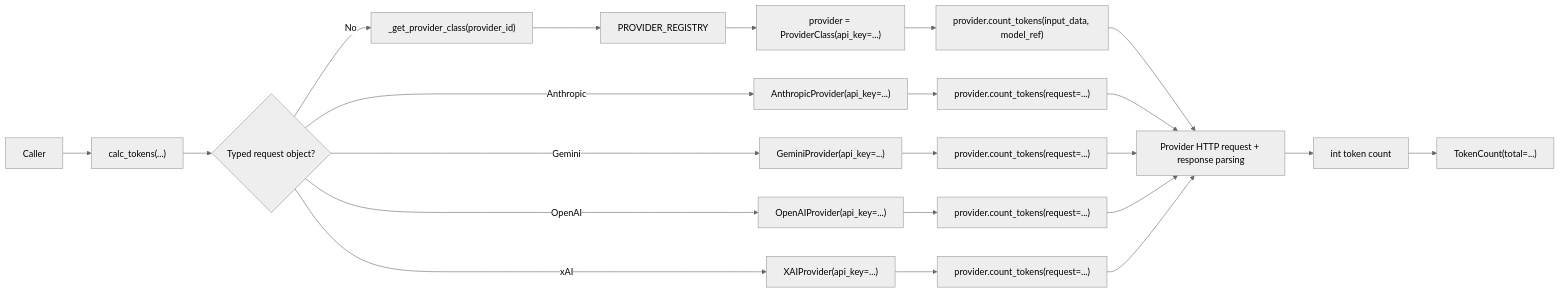
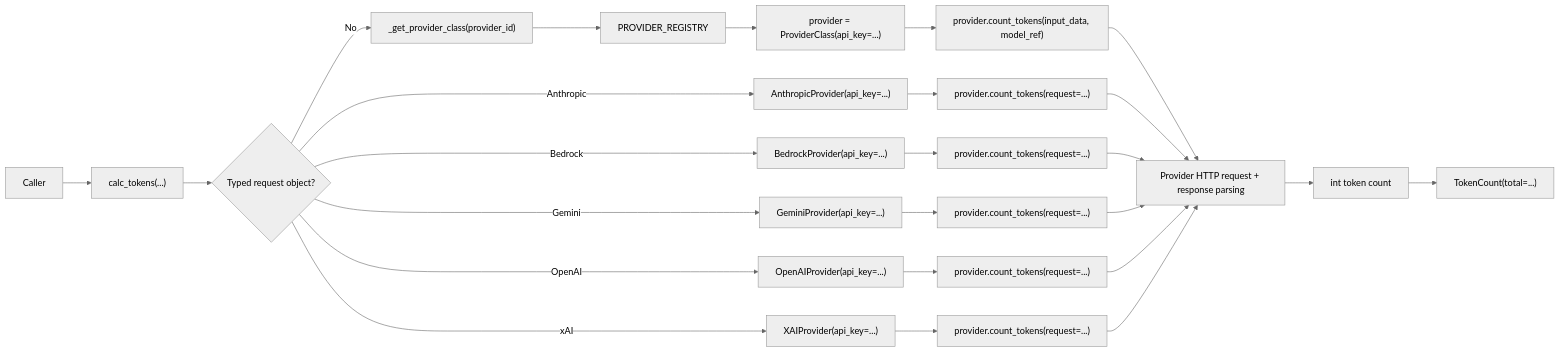
Before and after one commit to vienneraphael/kentokit: the diagram in docs/architecture/api.md, drawn with Mermaid (neutral theme). The commit also changed other lines of this file and 4 other files, not shown here.

````diff
--- a/docs/architecture/api.md
+++ b/docs/architecture/api.md
@@ -29,24 +30,27 @@
 ```mermaid
 flowchart LR
     A["Caller"] --> B["calc_tokens(...)"]
     B --> C{"Typed request object?"}
     C -->|No| D["_get_provider_class(provider_id)"]
     D --> E["PROVIDER_REGISTRY"]
     E --> F["provider = ProviderClass(api_key=...)"]
     F --> G["provider.count_tokens(input_data, model_ref)"]
     G --> H["Provider HTTP request + response parsing"]
     H --> I["int token count"]
     I --> J["TokenCount(total=...)"]
     C -->|Anthropic| K["AnthropicProvider(api_key=...)"]
-    C -->|Gemini| L["GeminiProvider(api_key=...)"]
-    C -->|OpenAI| M["OpenAIProvider(api_key=...)"]
-    C -->|xAI| Q["XAIProvider(api_key=...)"]
-    K --> N["provider.count_tokens(request=...)"]
-    L --> O["provider.count_tokens(request=...)"]
-    M --> P["provider.count_tokens(request=...)"]
-    Q --> R["provider.count_tokens(request=...)"]
-    N --> H
-    O --> H
+    C -->|Bedrock| L["BedrockProvider(api_key=...)"]
+    C -->|Gemini| M["GeminiProvider(api_key=...)"]
+    C -->|OpenAI| N["OpenAIProvider(api_key=...)"]
+    C -->|xAI| O["XAIProvider(api_key=...)"]
+    K --> P["provider.count_tokens(request=...)"]
+    L --> Q["provider.count_tokens(request=...)"]
+    M --> R["provider.count_tokens(request=...)"]
+    N --> S["provider.count_tokens(request=...)"]
+    O --> T["provider.count_tokens(request=...)"]
     P --> H
+    Q --> H
     R --> H
+    S --> H
+    T --> H
 ```
````
